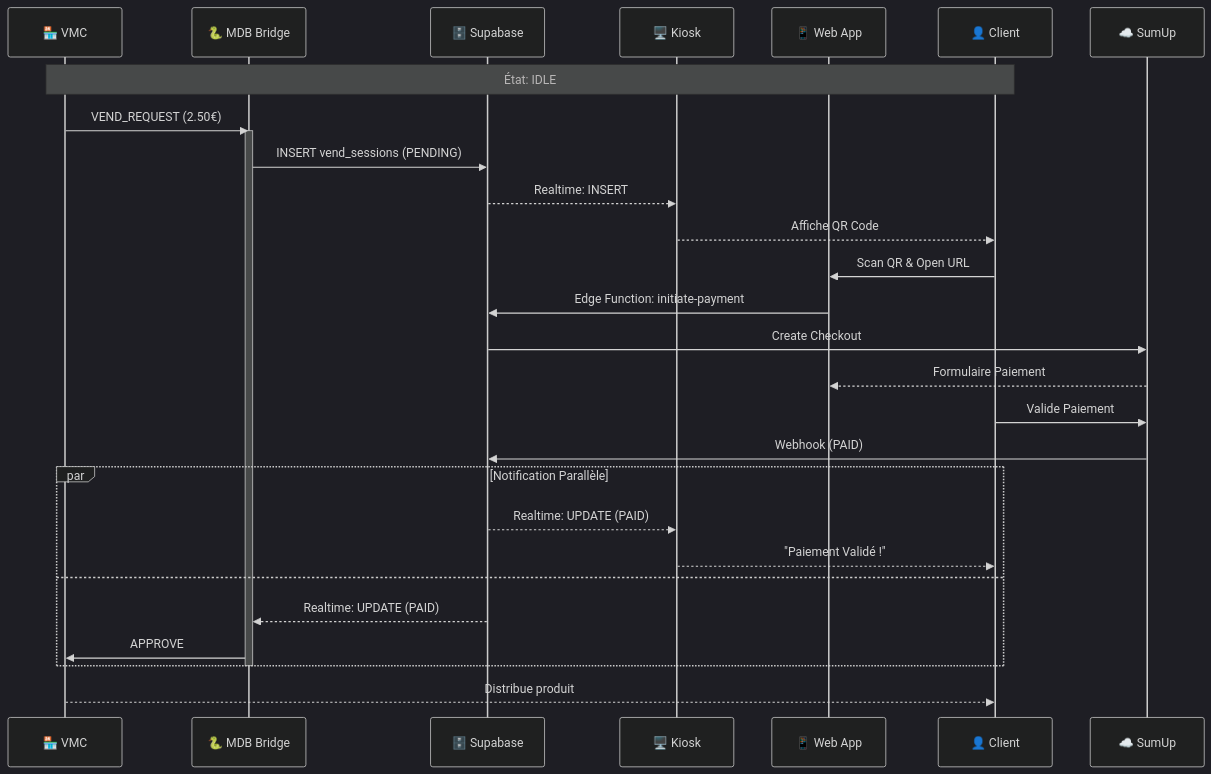
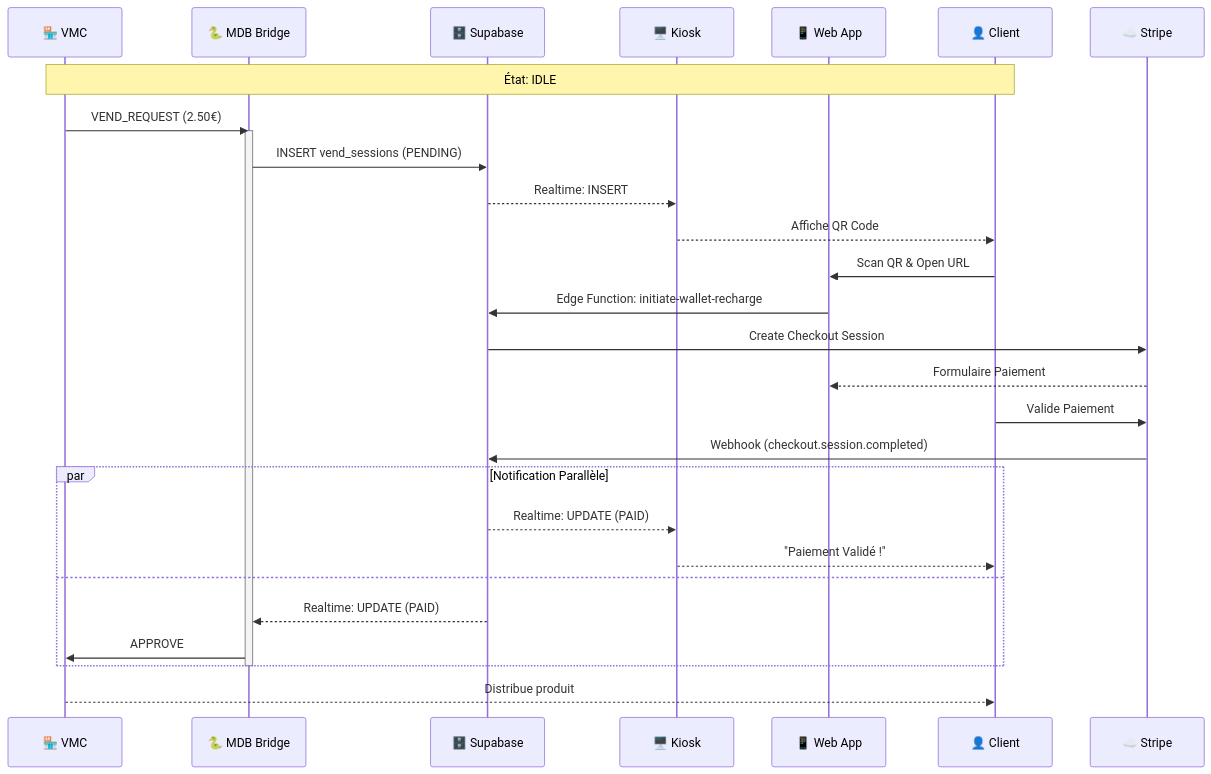
One commit to jiroscripts/sumup-mdb-qibixx changed the third of 3 diagrams in docs/architecture.md. Above: the diagram before and after it, drawn with Mermaid. The commit also changed other lines of this file and 11 other files, not shown here.

````diff
--- a/docs/architecture.md
+++ b/docs/architecture.md
@@ -111,39 +109,38 @@
 ```mermaid
-%%{init: {'theme':'dark', 'themeVariables': { 'fontSize':'20px'}}}%%
 sequenceDiagram
     participant VMC as 🏪 VMC
     participant Bridge as 🐍 MDB Bridge
     participant Supabase as 🗄️ Supabase
     participant Kiosk as 🖥️ Kiosk
     participant WebApp as 📱 Web App
     participant User as 👤 Client
-    participant SumUp as ☁️ SumUp
+    participant Stripe as ☁️ Stripe
 
     Note over VMC,User: État: IDLE
 
     VMC->>Bridge: VEND_REQUEST (2.50€)
     activate Bridge
     Bridge->>Supabase: INSERT vend_sessions (PENDING)
     Supabase-->>Kiosk: Realtime: INSERT
     Kiosk-->>User: Affiche QR Code
     
     User->>WebApp: Scan QR & Open URL
-    WebApp->>Supabase: Edge Function: initiate-payment
-    Supabase->>SumUp: Create Checkout
-    SumUp-->>WebApp: Formulaire Paiement
+    WebApp->>Supabase: Edge Function: initiate-wallet-recharge
+    Supabase->>Stripe: Create Checkout Session
+    Stripe-->>WebApp: Formulaire Paiement
     
-    User->>SumUp: Valide Paiement
-    SumUp->>Supabase: Webhook (PAID)
+    User->>Stripe: Valide Paiement
+    Stripe->>Supabase: Webhook (checkout.session.completed)
     
     par Notification Parallèle
         Supabase-->>Kiosk: Realtime: UPDATE (PAID)
         Kiosk-->>User: "Paiement Validé !"
     and
         Supabase-->>Bridge: Realtime: UPDATE (PAID)
         Bridge->>VMC: APPROVE
     end
     
     deactivate Bridge
     
     VMC-->>User: Distribue produit
 ```
````
